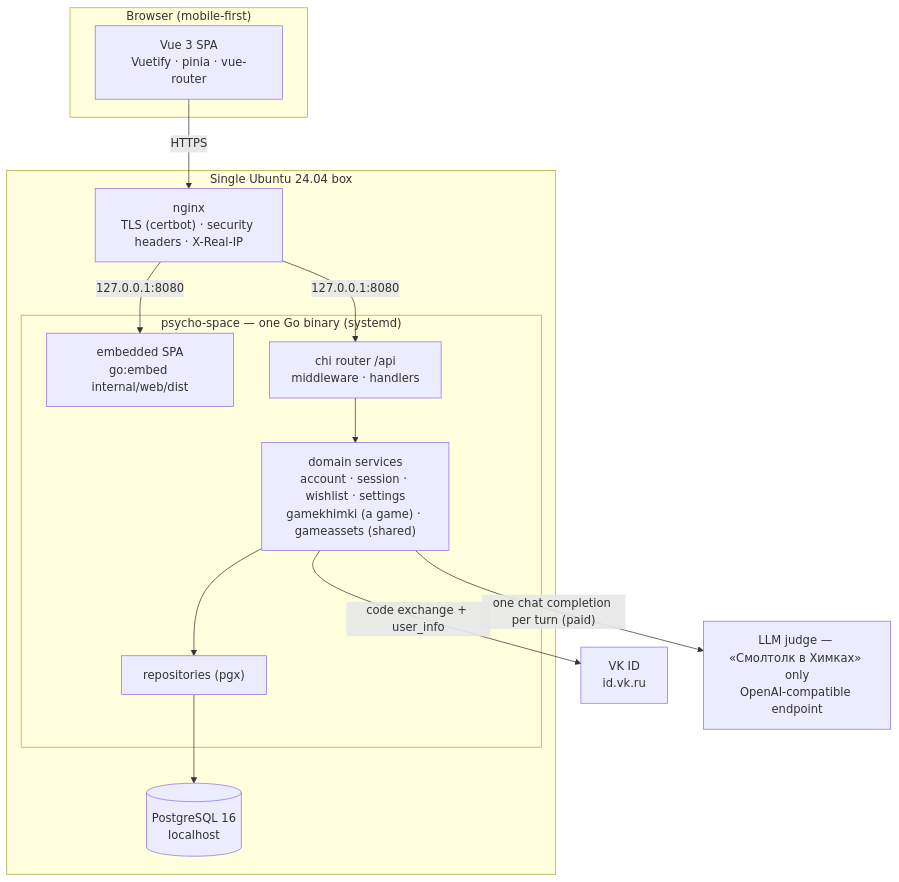
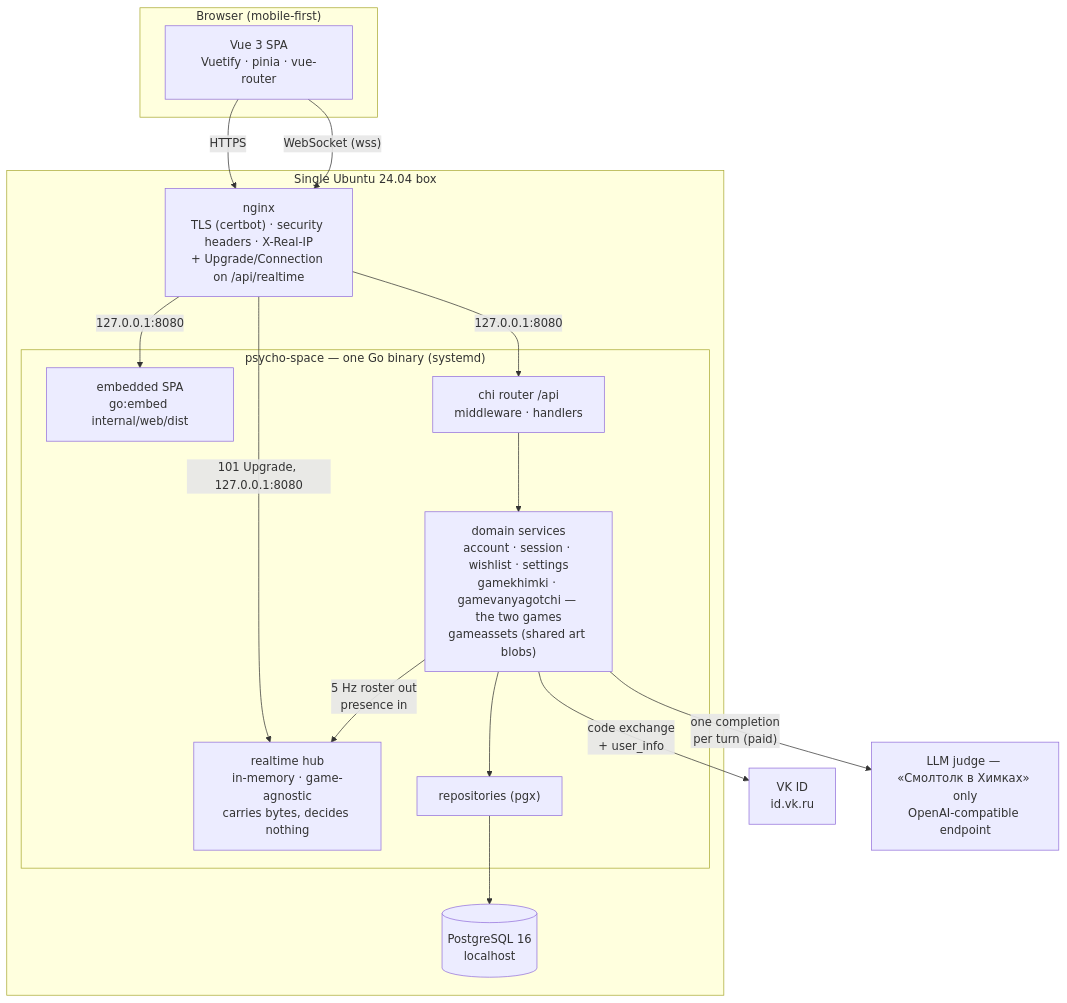
The first of 11 diagrams in docs/ARCHITECTURE.md (SergeyZSpb/psycho-space), drawn with Mermaid before and after one commit. The commit also changed other lines of this file and 1 other file, not shown here.

````diff
--- a/docs/ARCHITECTURE.md
+++ b/docs/ARCHITECTURE.md
@@ -25,27 +25,31 @@
 ```mermaid
 flowchart TB
     subgraph client["Browser (mobile-first)"]
         SPA["Vue 3 SPA<br/>Vuetify · pinia · vue-router"]
     end
 
     subgraph box["Single Ubuntu 24.04 box"]
-        NGINX["nginx<br/>TLS (certbot) · security headers · X-Real-IP"]
+        NGINX["nginx<br/>TLS (certbot) · security headers · X-Real-IP<br/>+ Upgrade/Connection on /api/realtime"]
         subgraph bin["psycho-space — one Go binary (systemd)"]
             EMBED["embedded SPA<br/>go:embed internal/web/dist"]
             API["chi router /api<br/>middleware · handlers"]
-            DOM["domain services<br/>account · session · wishlist · settings<br/>gamekhimki (a game) · gameassets (shared)"]
+            HUB["realtime hub<br/>in-memory · game-agnostic<br/>carries bytes, decides nothing"]
+            DOM["domain services<br/>account · session · wishlist · settings<br/>gamekhimki · gamevanyagotchi — the two games<br/>gameassets (shared art blobs)"]
             REPO["repositories (pgx)"]
         end
         PG[("PostgreSQL 16<br/>localhost")]
     end
 
     VK["VK ID<br/>id.vk.ru"]
     LLM["LLM judge — «Смолтолк в Химках» only<br/>OpenAI-compatible endpoint"]
 
     SPA -- HTTPS --> NGINX
+    SPA -- "WebSocket (wss)" --> NGINX
     NGINX -- "127.0.0.1:8080" --> EMBED
     NGINX -- "127.0.0.1:8080" --> API
+    NGINX -- "101 Upgrade, 127.0.0.1:8080" --> HUB
     API --> DOM --> REPO --> PG
-    DOM -- "code exchange + user_info" --> VK
-    DOM -- "one chat completion per turn (paid)" --> LLM
+    DOM -- "5 Hz roster out<br/>presence in" --> HUB
+    DOM -- "code exchange<br/>+ user_info" --> VK
+    DOM -- "one completion<br/>per turn (paid)" --> LLM
 ```
````
